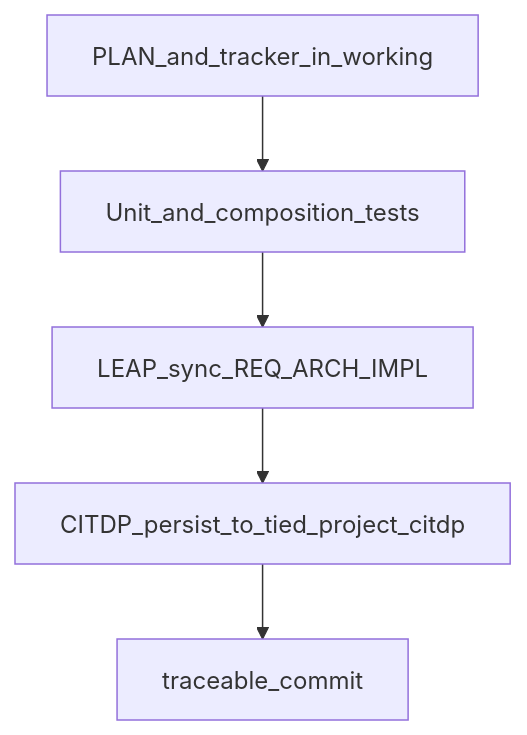
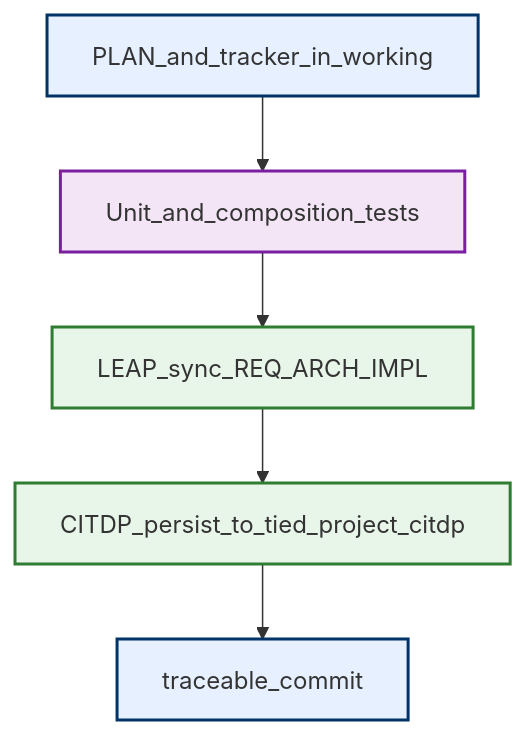
Before and after one commit to fareedst/tied: the ninth of 14 diagrams in docs/stdd-workflows.md, drawn with Mermaid. The commit also changed other lines of this file and 18 other files, not shown here.

First line of the commit message:
Add STDD vocab visual encoding registry and term color index.

````diff
--- a/docs/stdd-workflows.md
+++ b/docs/stdd-workflows.md
@@ -205,12 +232,16 @@
 ```mermaid
 flowchart TD
-  plan[PLAN_and_tracker_in_working]
-  tdd[Unit_and_composition_tests]
-  leap[LEAP_sync_REQ_ARCH_IMPL]
-  citdp[CITDP_persist_to_tied_project_citdp]
-  commit[traceable_commit]
+  %% palette: docs/visual-encoding-standards.md
+  classDef domAdaptivePractice fill:#e8f5e9,stroke:#2e7d32,stroke-width:2px
+  classDef domEvidenceAssurance fill:#f3e5f5,stroke:#7b1fa2,stroke-width:2px
+  classDef domTiedCorpus fill:#e7f0ff,stroke:#003366,stroke-width:2px
+  plan[PLAN_and_tracker_in_working]:::domTiedCorpus
+  tdd[Unit_and_composition_tests]:::domEvidenceAssurance
+  leap[LEAP_sync_REQ_ARCH_IMPL]:::domAdaptivePractice
+  citdp[CITDP_persist_to_tied_project_citdp]:::domAdaptivePractice
+  commit[traceable_commit]:::domTiedCorpus
   plan --> tdd
   tdd --> leap
   leap --> citdp
   citdp --> commit
 ```
````
